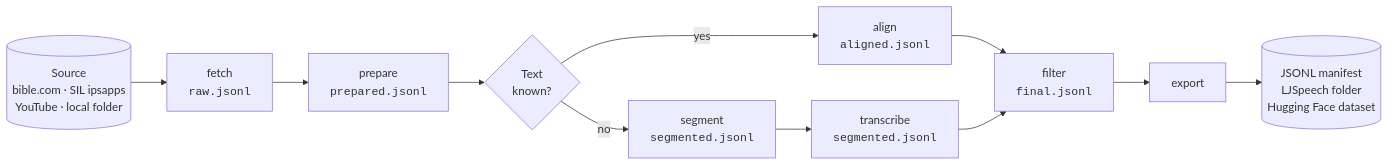
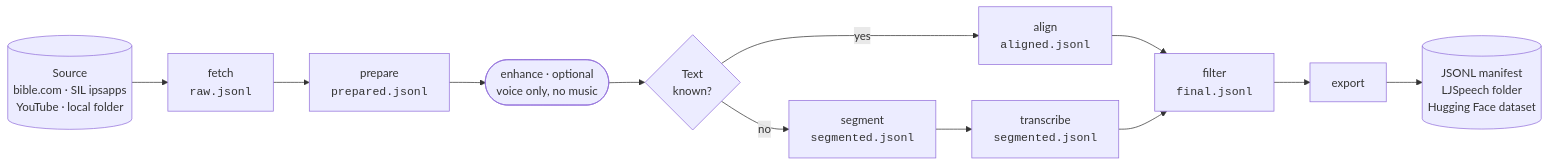
Before and after one commit to anyantudre/MooreSpeechCorpora: the diagram in README.md, drawn with Mermaid. The commit also changed other lines of this file and 5 other files, not shown here.

First line of the commit message:
Add an optional enhance step that keeps only the voice (Demucs)

````diff
--- a/README.md
+++ b/README.md
@@ -61,13 +61,14 @@
 ```mermaid
 flowchart LR
     src[("Source<br/>bible.com · SIL ipsapps<br/>YouTube · local folder")] --> fetch
     fetch["fetch<br/><code>raw.jsonl</code>"] --> prepare["prepare<br/><code>prepared.jsonl</code>"]
-    prepare --> known{"Text<br/>known?"}
+    prepare --> enhance(["enhance · optional<br/>voice only, no music"])
+    enhance --> known{"Text<br/>known?"}
     known -- yes --> align["align<br/><code>aligned.jsonl</code>"]
     known -- no --> segment["segment<br/><code>segmented.jsonl</code>"]
     segment --> transcribe["transcribe<br/><code>segmented.jsonl</code>"]
     align --> filter["filter<br/><code>final.jsonl</code>"]
     transcribe --> filter
     filter --> export["export"]
     export --> out[("JSONL manifest<br/>LJSpeech folder<br/>Hugging Face dataset")]
 ```
````
